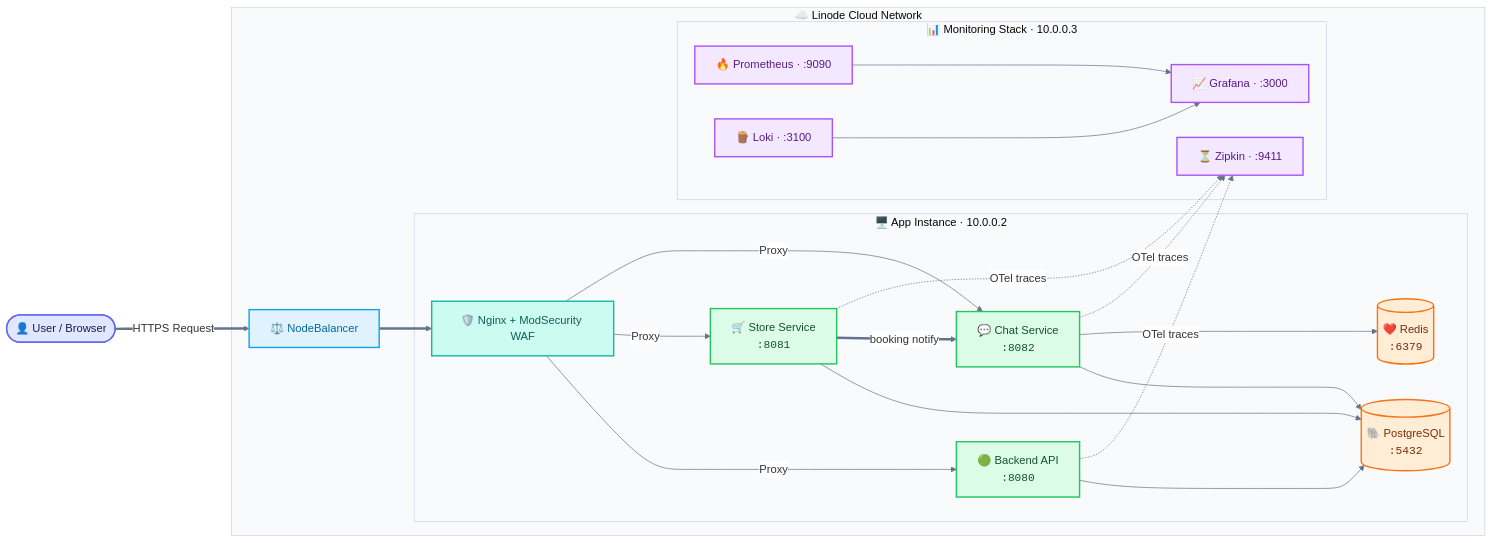
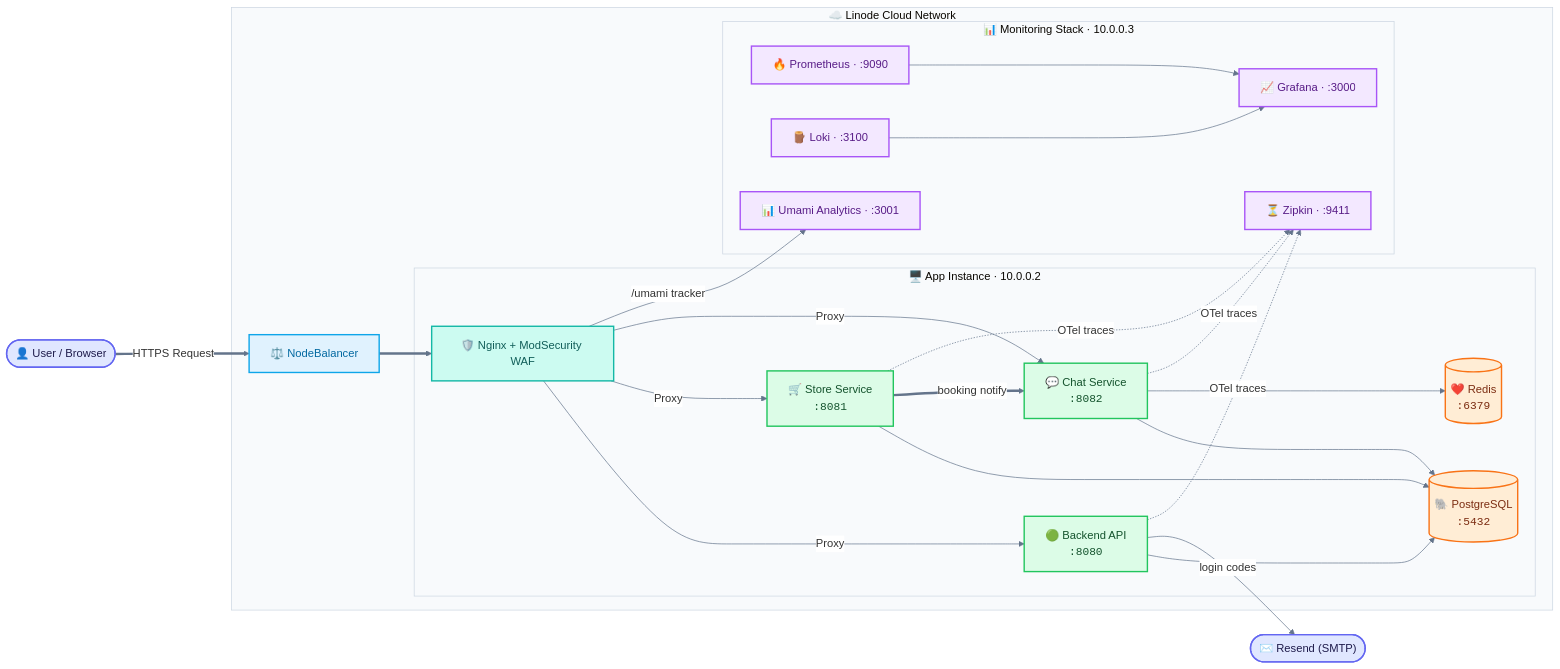
Before and after one commit to kennethatria/myGuy: the first of 2 diagrams in README.md, drawn with Mermaid. The commit also changed other lines of this file and 1 other file, not shown here.

Commit message:
docs: update README and CLAUDE.md for email login, analytics, and CI deploy

````diff
--- a/README.md
+++ b/README.md
@@ -15,58 +15,63 @@
 ```mermaid
 %%{init: {'theme': 'base', 'themeVariables': {'clusterBkg': '#f8fafc', 'clusterBorder': '#cbd5e1', 'edgeLabelBackground': '#ffffff', 'lineColor': '#64748b'}}}%%
 
 graph LR
     %% Custom Semantic Styling
     classDef external   fill:#e0e7ff,stroke:#6366f1,color:#1e1b4b,stroke-width:2px;
     classDef lb         fill:#e0f2fe,stroke:#0ea5e9,color:#0369a1,stroke-width:2px;
     classDef gateway    fill:#ccfbf1,stroke:#14b8a6,color:#115e59,stroke-width:2px;
     classDef service    fill:#dcfce7,stroke:#22c55e,color:#14532d,stroke-width:2px;
     classDef database   fill:#ffedd5,stroke:#f97316,color:#7c2d12,stroke-width:2px;
     classDef monitoring fill:#f3e8ff,stroke:#a855f7,color:#581c87,stroke-width:2px;
 
     %% Nodes Definitions
     User(["👤 User / Browser"]):::external
 
     subgraph Linode["☁️ Linode Cloud Network"]
         NB["⚖️ NodeBalancer"]:::lb
 
         subgraph App["🖥️ App Instance · 10.0.0.2"]
             WAF["🛡️ Nginx + ModSecurity WAF"]:::gateway
             API["🟢 Backend API<br/><code>:8080</code>"]:::service
             STORE["🛒 Store Service<br/><code>:8081</code>"]:::service
             CHAT["💬 Chat Service<br/><code>:8082</code>"]:::service
             PG[("🐘 PostgreSQL<br/><code>:5432</code>")]:::database
             REDIS[("❤️ Redis<br/><code>:6379</code>")]:::database
         end
 
         subgraph Mon["📊 Monitoring Stack · 10.0.0.3"]
             ZIPKIN["⏳ Zipkin · :9411"]:::monitoring
             PROM["🔥 Prometheus · :9090"]:::monitoring
             LOKI["🪵 Loki · :3100"]:::monitoring
             GRAFANA["📈 Grafana · :3000"]:::monitoring
+            UMAMI["📊 Umami Analytics · :3001"]:::monitoring
         end
     end
+
+    MAIL(["✉️ Resend (SMTP)"]):::external
 
     %% Flow Topology
     User ==>|HTTPS Request| NB
     NB ==> WAF
     
     WAF -->|Proxy| API
     WAF -->|Proxy| STORE
     WAF -->|Proxy| CHAT
 
     API ---> PG
     STORE ---> PG
     CHAT ---> PG
     CHAT ---> REDIS
     
     STORE ==>|booking notify| CHAT
+    API -->|login codes| MAIL
+    WAF -->|/umami tracker| UMAMI
 
     %% Telemetry & Logging
     API -.->|OTel traces| ZIPKIN
     STORE -.->|OTel traces| ZIPKIN
     CHAT -.->|OTel traces| ZIPKIN
     
     PROM ---> GRAFANA
     LOKI ---> GRAFANA
 ```
````
